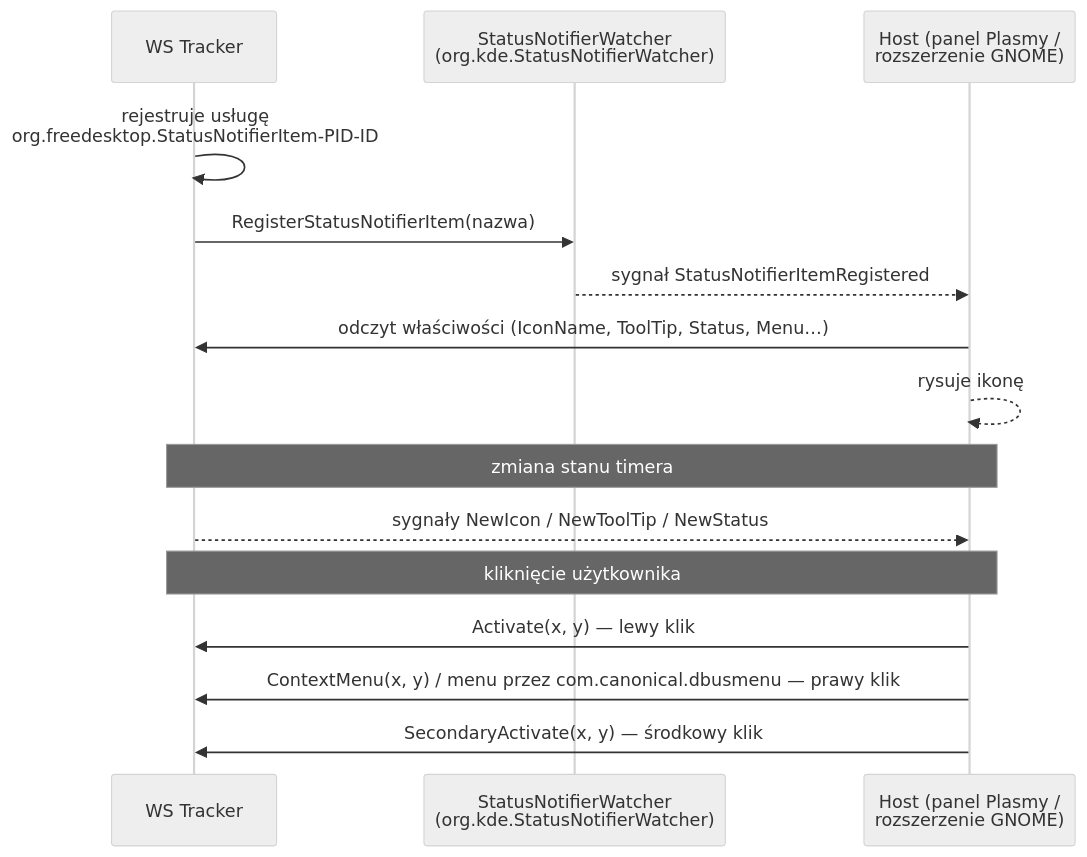
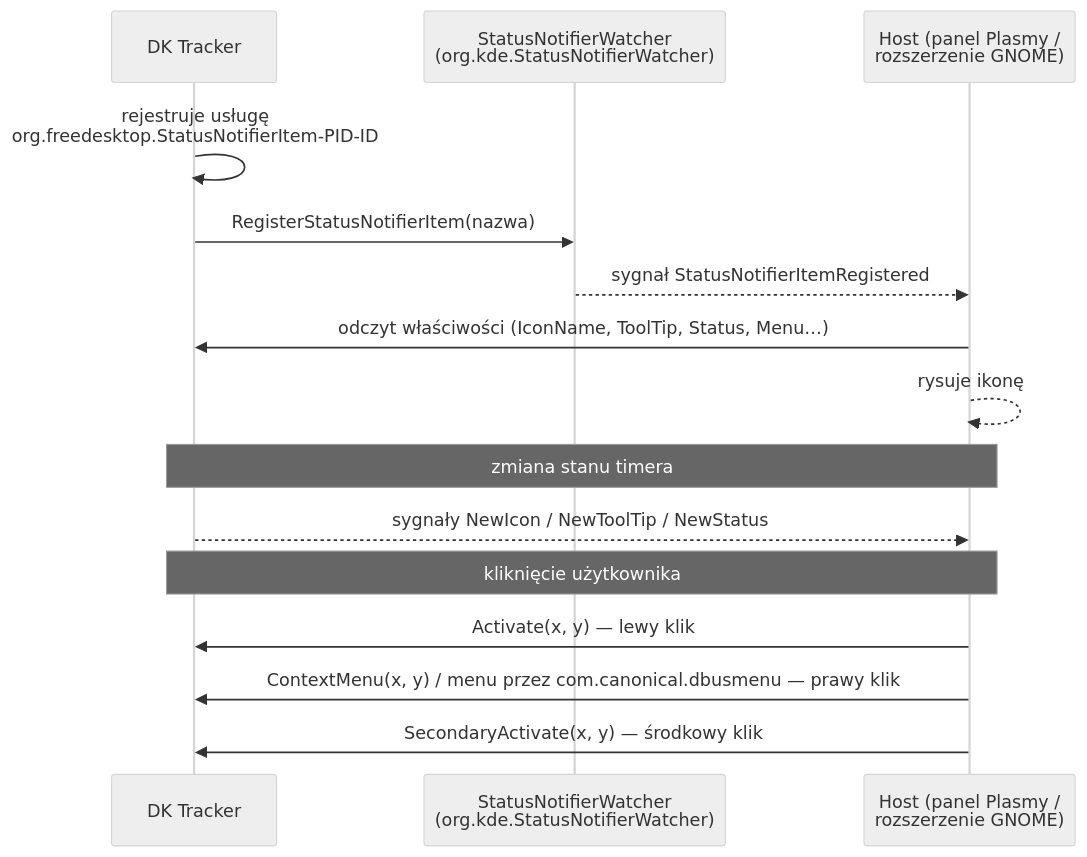
Before and after one commit to DragonKing026/DK-Tracker-Linux: the diagram in docs/integracje/statusnotifieritem.md, drawn with Mermaid (neutral theme). The commit also changed other lines of this file and 73 other files, not shown here.

````diff
--- a/docs/integracje/statusnotifieritem.md
+++ b/docs/integracje/statusnotifieritem.md
@@ -20,17 +20,17 @@
 ```mermaid
 sequenceDiagram
-    participant App as WS Tracker
+    participant App as DK Tracker
     participant W as StatusNotifierWatcher<br/>(org.kde.StatusNotifierWatcher)
     participant H as Host (panel Plasmy /<br/>rozszerzenie GNOME)
     App->>App: rejestruje usługę<br/>org.freedesktop.StatusNotifierItem-PID-ID
     App->>W: RegisterStatusNotifierItem(nazwa)
     W-->>H: sygnał StatusNotifierItemRegistered
     H->>App: odczyt właściwości (IconName, ToolTip, Status, Menu…)
     H-->>H: rysuje ikonę
     Note over App,H: zmiana stanu timera
     App-->>H: sygnały NewIcon / NewToolTip / NewStatus
     Note over App,H: kliknięcie użytkownika
     H->>App: Activate(x, y) — lewy klik
     H->>App: ContextMenu(x, y) / menu przez com.canonical.dbusmenu — prawy klik
     H->>App: SecondaryActivate(x, y) — środkowy klik
 ```
````
